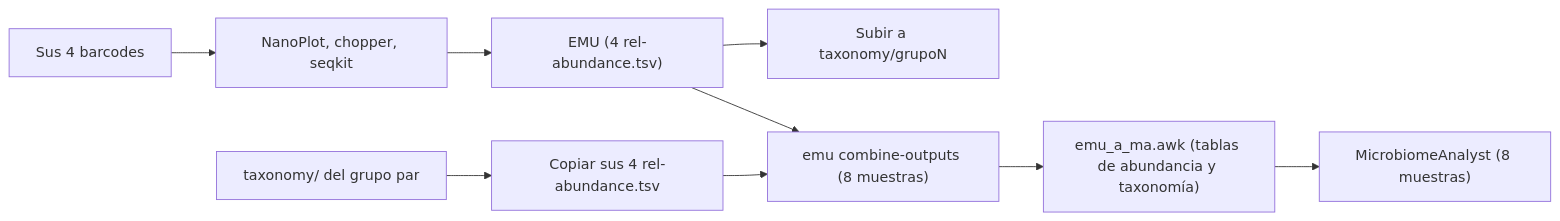
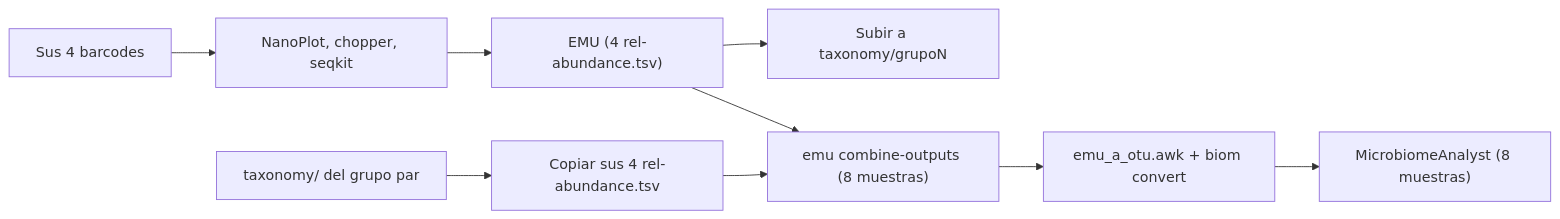
One commit to miRNA67/1ABL0055_202620_S13 changed the third of 3 diagrams in README.md. Above: the diagram before and after it, drawn with Mermaid. The commit also changed other lines of this file, not shown here.

````diff
--- a/README.md
+++ b/README.md
@@ -925,11 +949,11 @@
 ```mermaid
 flowchart LR
     A["Sus 4 barcodes"] --> B["NanoPlot, chopper, seqkit"]
     B --> C["EMU (4 rel-abundance.tsv)"]
     C --> D["Subir a taxonomy/grupoN"]
     E["taxonomy/ del grupo par"] --> F["Copiar sus 4 rel-abundance.tsv"]
     C --> G["emu combine-outputs (8 muestras)"]
     F --> G
-    G --> H["emu_a_ma.awk (tablas de abundancia y taxonomía)"]
+    G --> H["emu_a_otu.awk + biom convert"]
     H --> I["MicrobiomeAnalyst (8 muestras)"]
 ```
````
